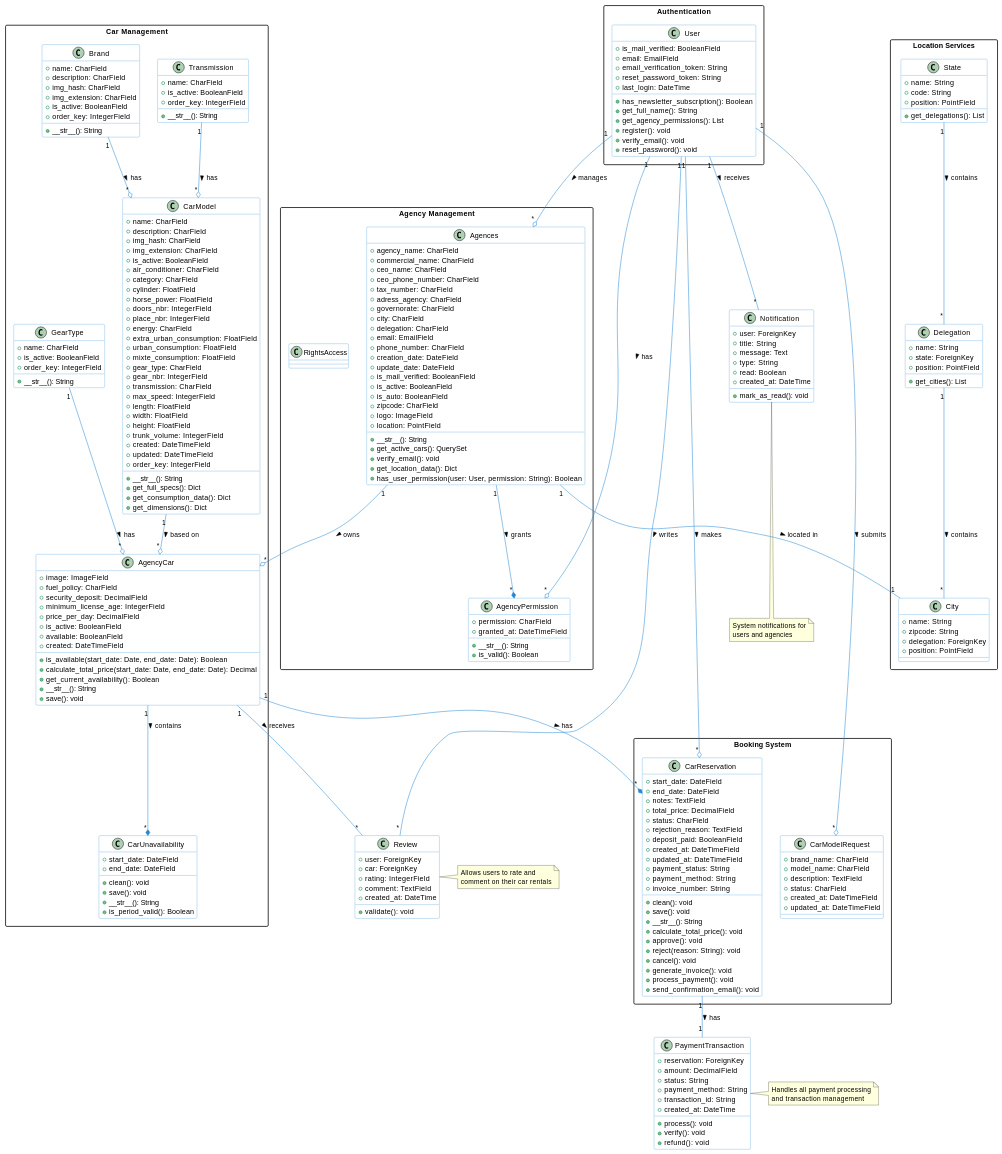
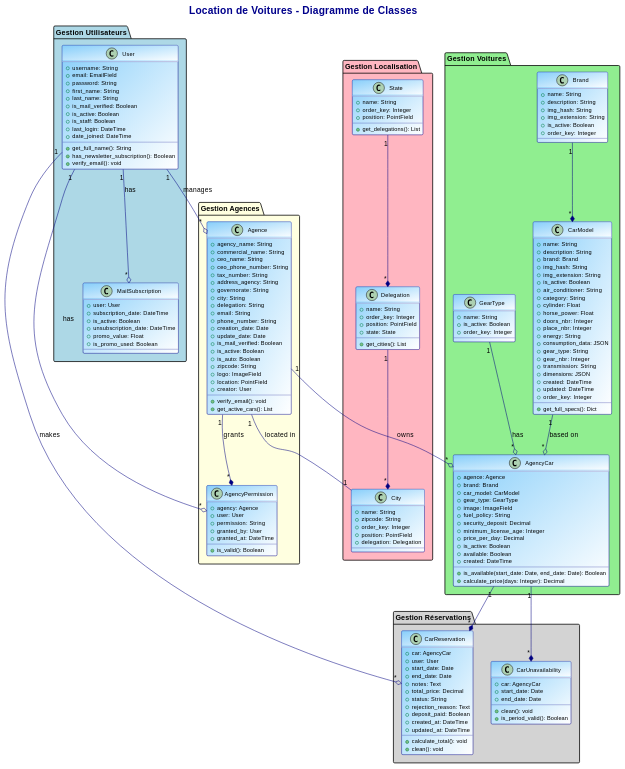
The diagram in docs/class_diagram.md (rbenfraj46/pfe1), drawn with PlantUML before and after one commit. The commit also changed 2 other files, not shown here.

```diff
--- a/docs/class_diagram.md
+++ b/docs/class_diagram.md
@@ -1,271 +1,230 @@
 @startuml
 
-' Style and Theme Configuration
-skinparam packageStyle rectangle
+' Styling and Theme
 skinparam class {
-    BackgroundColor White
-    ArrowColor #2688d4
-    BorderColor #2688d4
+    BackgroundColor LightSkyBlue/White
+    BorderColor DarkBlue
+    ArrowColor Navy
+    FontName Arial
+    FontSize 12
+    AttributeFontColor Black
+    AttributeFontSize 11
+    BackgroundColor<<Main>> LightGreen/White
+    BorderColor<<Main>> DarkGreen
 }
-skinparam stereotypeCBackgroundColor #95DEF0
 
-' Package Definition
-package "Authentication" {
+skinparam stereotypeCBackgroundColor YellowGreen
+skinparam stereotypeCBorderColor SpringGreen
+
+skinparam title {
+    FontColor DarkBlue
+    FontSize 20
+    FontStyle bold
+}
+
+skinparam note {
+    BackgroundColor LightYellow
+    BorderColor Gold
+    FontStyle italic
+}
+
+' Title
+title Location de Voitures - Diagramme de Classes
+
+' Packages styling
+package "Gestion Utilisateurs" #LightBlue {
     class User {
-        +is_mail_verified: BooleanField
+        +username: String
         +email: EmailField
+        +password: String
+        +first_name: String
+        +last_name: String
+        +is_mail_verified: Boolean
+        +is_active: Boolean
+        +is_staff: Boolean
+        +last_login: DateTime
+        +date_joined: DateTime
+        +get_full_name(): String
         +has_newsletter_subscription(): Boolean
-        +get_full_name(): String
-        +get_agency_permissions(): List
-        +email_verification_token: String
-        +reset_password_token: String
-        +last_login: DateTime
-        +register(): void
         +verify_email(): void
-        +reset_password(): void
+    }
+
+
+    class MailSubscription {
+        +user: User
+        +subscription_date: DateTime
+        +is_active: Boolean
+        +unsubscription_date: DateTime
+        +promo_value: Float
+        +is_promo_used: Boolean
     }
 }
 
-package "Agency Management" {
-    class Agences {
-        +agency_name: CharField
-        +commercial_name: CharField
-        +ceo_name: CharField
-        +ceo_phone_number: CharField
-        +tax_number: CharField
-        +adress_agency: CharField
-        +governorate: CharField
-        +city: CharField
-        +delegation: CharField
-        +email: EmailField
-        +phone_number: CharField
-        +creation_date: DateField
-        +update_date: DateField
-        +is_mail_verified: BooleanField
-        +is_active: BooleanField
-        +is_auto: BooleanField
-        +zipcode: CharField
+package "Gestion Localisation" #LightPink {
+    class State {
+        +name: String
+        +order_key: Integer
+        +position: PointField
+        +get_delegations(): List
+    }
+
+    class Delegation {
+        +name: String
+        +order_key: Integer
+        +position: PointField
+        +state: State
+        +get_cities(): List
+    }
+
+    class City {
+        +name: String
+        +zipcode: String
+        +order_key: Integer
+        +position: PointField
+        +delegation: Delegation
+    }
+}
+
+package "Gestion Voitures" #LightGreen {
+    class Brand {
+        +name: String
+        +description: String
+        +img_hash: String
+        +img_extension: String
+        +is_active: Boolean
+        +order_key: Integer
+    }
+
+    class CarModel {
+        +name: String
+        +description: String
+        +brand: Brand
+        +img_hash: String
+        +img_extension: String
+        +is_active: Boolean
+        +air_conditioner: String
+        +category: String
+        +cylinder: Float
+        +horse_power: Float
+        +doors_nbr: Integer
+        +place_nbr: Integer
+        +energy: String
+        +consumption_data: JSON
+        +gear_type: String
+        +gear_nbr: Integer
+        +transmission: String
+        +dimensions: JSON
+        +created: DateTime
+        +updated: DateTime
+        +order_key: Integer
+        +get_full_specs(): Dict
+    }
+
+    class GearType {
+        +name: String
+        +is_active: Boolean
+        +order_key: Integer
+    }
+
+    class AgencyCar {
+        +agence: Agence
+        +brand: Brand
+        +car_model: CarModel
+        +gear_type: GearType
+        +image: ImageField
+        +fuel_policy: String
+        +security_deposit: Decimal
+        +minimum_license_age: Integer
+        +price_per_day: Decimal
+        +is_active: Boolean
+        +available: Boolean
+        +created: DateTime
+        +is_available(start_date: Date, end_date: Date): Boolean
+        +calculate_price(days: Integer): Decimal
+    }
+}
+
+package "Gestion Agences" #LightYellow {
+    class Agence {
+        +agency_name: String
+        +commercial_name: String
+        +ceo_name: String
+        +ceo_phone_number: String
+        +tax_number: String
+        +address_agency: String
+        +governorate: String
+        +city: String
+        +delegation: String
+        +email: String
+        +phone_number: String
+        +creation_date: Date
+        +update_date: Date
+        +is_mail_verified: Boolean
+        +is_active: Boolean
+        +is_auto: Boolean
+        +zipcode: String
         +logo: ImageField
         +location: PointField
-        +__str__(): String
-        +get_active_cars(): QuerySet
+        +creator: User
         +verify_email(): void
-        +get_location_data(): Dict
-        +has_user_permission(user: User, permission: String): Boolean
+        +get_active_cars(): List
     }
+
     class AgencyPermission {
-        +permission: CharField
-        +granted_at: DateTimeField
-        +__str__(): String
+        +agency: Agence
+        +user: User
+        +permission: String
+        +granted_by: User
+        +granted_at: DateTime
         +is_valid(): Boolean
     }
-    class RightsAccess
 }
 
-package "Car Management" {
-    class Brand {
-        +name: CharField
-        +description: CharField
-        +img_hash: CharField
-        +img_extension: CharField
-        +is_active: BooleanField
-        +order_key: IntegerField
-        +__str__(): String
+package "Gestion Réservations" #LightGray {
+    class CarReservation {
+        +car: AgencyCar
+        +user: User
+        +start_date: Date
+        +end_date: Date
+        +notes: Text
+        +total_price: Decimal
+        +status: String
+        +rejection_reason: Text
+        +deposit_paid: Boolean
+        +created_at: DateTime
+        +updated_at: DateTime
+        +calculate_total(): void
+        +clean(): void
     }
-    class CarModel {
-        +name: CharField
-        +description: CharField
-        +img_hash: CharField
-        +img_extension: CharField
-        +is_active: BooleanField
-        +air_conditioner: CharField
-        +category: CharField
-        +cylinder: FloatField
-        +horse_power: FloatField
-        +doors_nbr: IntegerField
-        +place_nbr: IntegerField
-        +energy: CharField
-        +extra_urban_consumption: FloatField
-        +urban_consumption: FloatField
-        +mixte_consumption: FloatField
-        +gear_type: CharField
-        +gear_nbr: IntegerField
-        +transmission: CharField
-        +max_speed: IntegerField
-        +length: FloatField
-        +width: FloatField
-        +height: FloatField
-        +trunk_volume: IntegerField
-        +created: DateTimeField
-        +updated: DateTimeField
-        +order_key: IntegerField
-        +__str__(): String
-        +get_full_specs(): Dict
-        +get_consumption_data(): Dict
-        +get_dimensions(): Dict
-    }
-    class GearType {
-        +name: CharField
-        +is_active: BooleanField
-        +order_key: IntegerField
-        +__str__(): String
-    }
-    class Transmission {
-        +name: CharField
-        +is_active: BooleanField
-        +order_key: IntegerField
-        +__str__(): String
-    }
-    class AgencyCar {
-        +image: ImageField
-        +fuel_policy: CharField
-        +security_deposit: DecimalField
-        +minimum_license_age: IntegerField
-        +price_per_day: DecimalField
-        +is_active: BooleanField
-        +available: BooleanField
-        +created: DateTimeField
-        +is_available(start_date: Date, end_date: Date): Boolean
-        +calculate_total_price(start_date: Date, end_date: Date): Decimal
-        +get_current_availability(): Boolean
-        +__str__(): String
-        +save(): void
-    }
+
     class CarUnavailability {
-        +start_date: DateField
-        +end_date: DateField
+        +car: AgencyCar
+        +start_date: Date
+        +end_date: Date
         +clean(): void
-        +save(): void
-        +__str__(): String
         +is_period_valid(): Boolean
     }
 }
 
-package "Booking System" {
-    class CarReservation {
-        +start_date: DateField
-        +end_date: DateField
-        +notes: TextField
-        +total_price: DecimalField
-        +status: CharField
-        +rejection_reason: TextField
-        +deposit_paid: BooleanField
-        +created_at: DateTimeField
-        +updated_at: DateTimeField
-        +clean(): void
-        +save(): void
-        +__str__(): String
-        +calculate_total_price(): void
-        +approve(): void
-        +reject(reason: String): void
-        +cancel(): void
-        +payment_status: String
-        +payment_method: String
-        +invoice_number: String
-        +generate_invoice(): void
-        +process_payment(): void
-        +send_confirmation_email(): void
-    }
-    class CarModelRequest {
-        +brand_name: CharField
-        +model_name: CharField
-        +description: TextField
-        +status: CharField
-        +created_at: DateTimeField
-        +updated_at: DateTimeField
-    }
-}
 
-package "Location Services" {
-    class State {
-        +name: String
-        +code: String
-        +position: PointField
-        +get_delegations(): List
-    }
-    class Delegation {
-        +name: String
-        +state: ForeignKey
-        +position: PointField
-        +get_cities(): List
-    }
-    class City {
-        +name: String
-        +zipcode: String
-        +delegation: ForeignKey
-        +position: PointField
-    }
-}
-
-' Additional Classes
-class PaymentTransaction {
-    +reservation: ForeignKey
-    +amount: DecimalField
-    +status: String
-    +payment_method: String
-    +transaction_id: String
-    +created_at: DateTime
-    +process(): void
-    +verify(): void
-    +refund(): void
-}
-
-class Review {
-    +user: ForeignKey
-    +car: ForeignKey
-    +rating: IntegerField
-    +comment: TextField
-    +created_at: DateTime
-    +validate(): void
-}
-
-class Notification {
-    +user: ForeignKey
-    +title: String
-    +message: Text
-    +type: String
-    +read: Boolean
-    +created_at: DateTime
-    +mark_as_read(): void
-}
 
 ' Relationships
-User "1" -- "*" Review : writes >
-AgencyCar "1" -- "*" Review : receives >
-CarReservation "1" -- "1" PaymentTransaction : has >
-User "1" -- "*" Notification : receives >
-State "1" -- "*" Delegation : contains >
-Delegation "1" -- "*" City : contains >
-Agences "1" -- "1" City : located in >
+State "1" --* "*" Delegation
+Delegation "1" --* "*" City
+Agence "1" -- "1" City : located in
 
-' Existing relationships with improved notation
-Brand "1" --o "*" CarModel : has >
-CarModel "1" --o "*" AgencyCar : based on >
-Agences "1" --o "*" AgencyCar : owns >
-GearType "1" --o "*" AgencyCar : has >
-Transmission "1" --o "*" CarModel : has >
-AgencyCar "1" --* "*" CarUnavailability : contains >
-AgencyCar "1" --* "*" CarReservation : has >
-User "1" --o "*" CarReservation : makes >
-User "1" --o "*" CarModelRequest : submits >
-User "1" --o "*" AgencyPermission : has >
-Agences "1" --* "*" AgencyPermission : grants >
-User "1" --o "*" Agences : manages >
+User "1" --o "*" MailSubscription : has
+User "1" --o "*" CarReservation : makes
+User "1" --o "*" AgencyPermission : has
+User "1" --o "*" Agence : manages
 
-' Notes
-note right of PaymentTransaction
-  Handles all payment processing
-  and transaction management
-end note
+Brand "1" --* "*" CarModel
+CarModel "1" --o "*" AgencyCar : based on
+GearType "1" --o "*" AgencyCar : has
 
-note right of Review
-  Allows users to rate and
-  comment on their car rentals
-end note
-
-note bottom of Notification
-  System notifications for
-  users and agencies
-end note
+AgencyCar "1" --* "*" CarUnavailability
+AgencyCar "1" --* "*" CarReservation
+Agence "1" --o "*" AgencyCar : owns
+Agence "1" --* "*" AgencyPermission : grants
 
 @enduml
```
